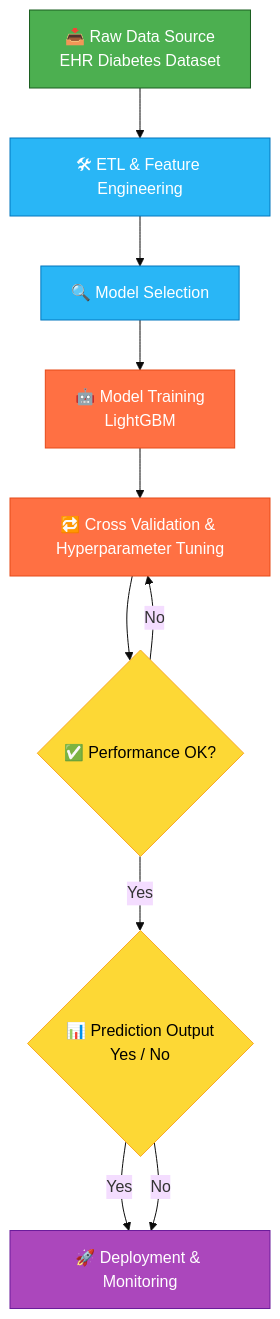
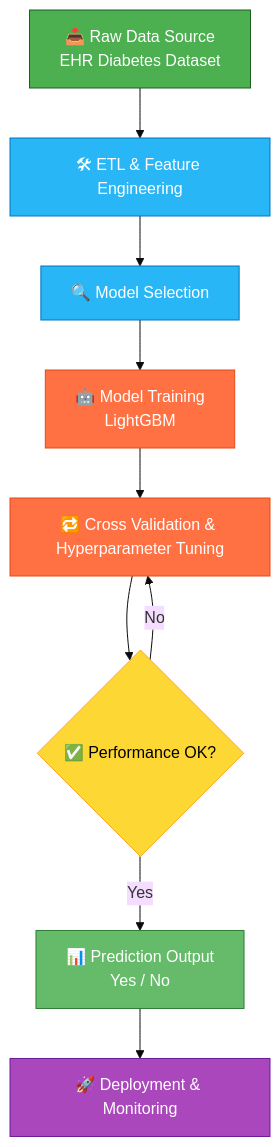
Before and after one commit to Yohansgit/Yohansgit: the diagram in hos.md, drawn with Mermaid (base theme).

````diff
--- a/hos.md
+++ b/hos.md
@@ -1,29 +1,29 @@
 ```mermaid   
 flowchart TD
-    %% ===== High-Level E2E Data Flow with Decision Node for Predictions =====
+    %% ===== High-Level E2E Data Flow with Tuning & Monitoring =====
 
     %% --- Nodes ---
     A[📥 Raw Data Source<br>EHR Diabetes Dataset]:::source
     B[🛠 ETL & Feature Engineering]:::process
     C[🔍 Model Selection]:::process
     D[🤖 Model Training<br>LightGBM]:::model
     E[🔁 Cross Validation & Hyperparameter Tuning]:::model
     F{✅ Performance OK?}:::decision
-    G{📊 Prediction Output<br>Yes / No}:::decision
+    G[📊 Prediction Output<br>Yes / No]:::output
     H[🚀 Deployment & Monitoring]:::monitor
 
     %% --- Flow Arrows ---
     A --> B --> C --> D --> E --> F
     F -- "No" --> E
-    F -- "Yes" --> G
-    G -- "Yes" --> H
-    G -- "No" --> H
+    F -- "Yes" --> G --> H
 
     %% --- Node Styles ---
     classDef source fill:#4CAF50,stroke:#1B5E20,color:#fff;
     classDef process fill:#29B6F6,stroke:#0277BD,color:#fff;
     classDef model fill:#FF7043,stroke:#E64A19,color:#fff;
     classDef decision fill:#FDD835,stroke:#F9A825,color:#000;
+    classDef output fill:#66BB6A,stroke:#2E7D32,color:#fff;
     classDef monitor fill:#AB47BC,stroke:#6A1B9A,color:#fff;
 
+
 ```
````
